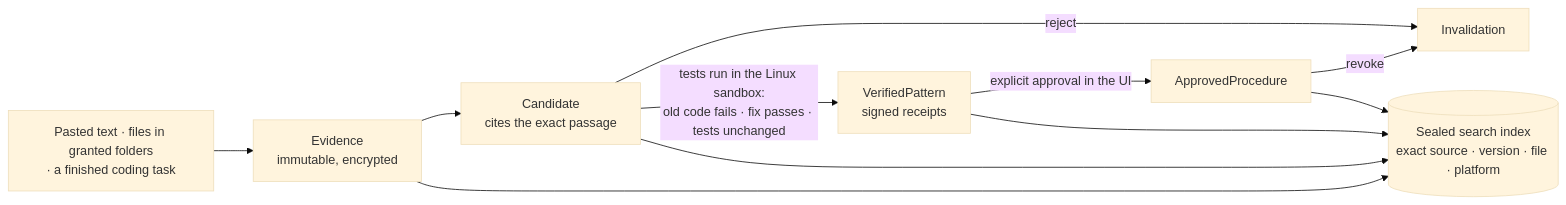
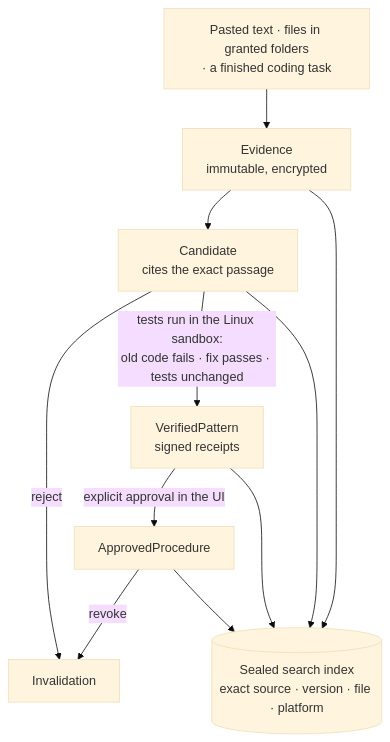
Before and after one commit to inbharatai/PAI.V2: the sixth of 6 diagrams in README.md, drawn with Mermaid (base theme). The commit also changed other lines of this file, not shown here.

First line of the commit message:
README: readable diagram layout

````diff
--- a/README.md
+++ b/README.md
@@ -197,10 +197,10 @@
 ```mermaid
-flowchart LR
+flowchart TB
     SRC["Pasted text · files in granted folders<br/>· a finished coding task"] --> EV["Evidence<br/>immutable, encrypted"]
     EV --> CAND["Candidate<br/>cites the exact passage"]
     CAND -->|"tests run in the Linux sandbox:<br/>old code fails · fix passes · tests unchanged"| VP["VerifiedPattern<br/>signed receipts"]
     VP -->|"explicit approval in the UI"| AP["ApprovedProcedure"]
     AP -->|"revoke"| INV["Invalidation"]
     CAND -->|"reject"| INV
     EV & CAND & VP & AP --> INDEX[("Sealed search index<br/>exact source · version · file · platform")]
 ```
````
